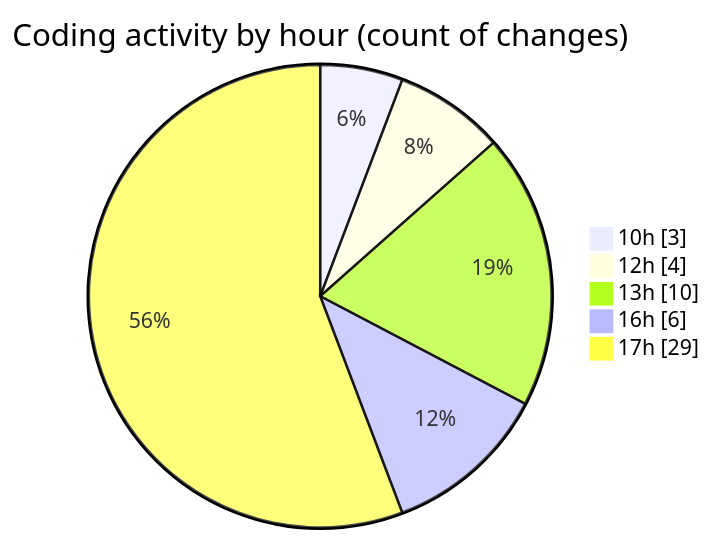
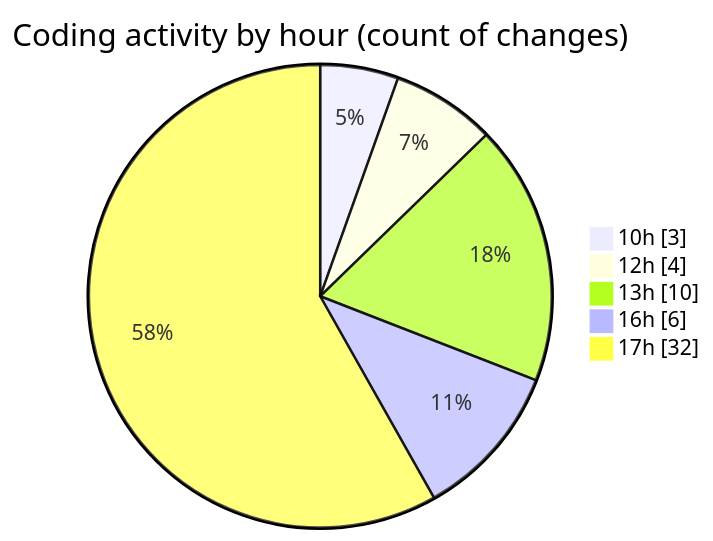
The second of 2 diagrams in 2025-10-27/cda/README.md (momahboobian/code-tracking), drawn with Mermaid before and after one commit. The commit also changed other lines of this file and 1 other file, not shown here.

````diff
--- a/2025-10-27/cda/README.md
+++ b/2025-10-27/cda/README.md
@@ -35,9 +35,9 @@
 ```mermaid
 pie showData
 title Coding activity by hour (count of changes)
 "10h" : 3
 "12h" : 4
 "13h" : 10
 "16h" : 6
-"17h" : 29
+"17h" : 32
 ```
````
